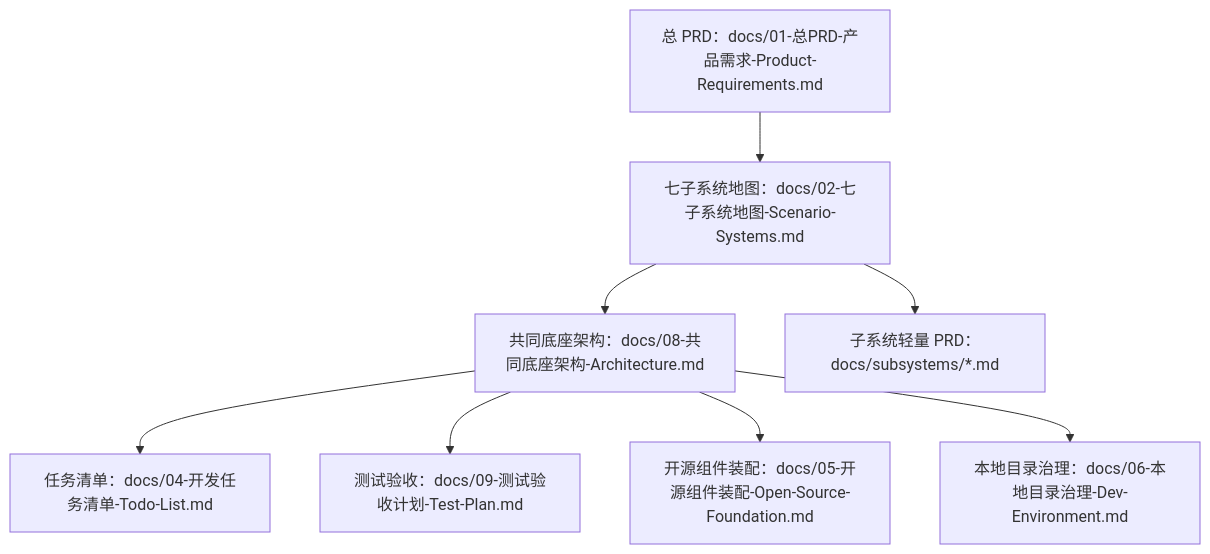
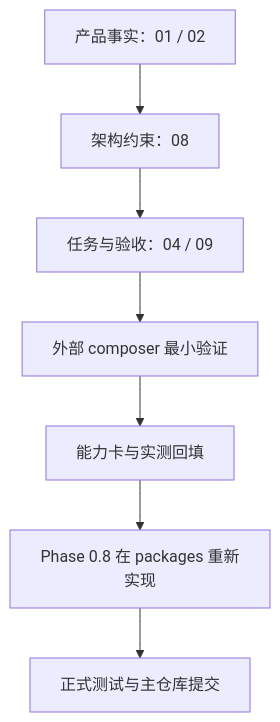
One commit to everything-is-simple/ai-studybuddy changed the diagram in docs/07-文档策略-Design-Docs-Strategy.md. Above: the diagram before and after it, drawn with Mermaid. The commit also changed other lines of this file and 9 other files, not shown here.

````diff
--- a/docs/07-文档策略-Design-Docs-Strategy.md
+++ b/docs/07-文档策略-Design-Docs-Strategy.md
@@ -43,10 +25,9 @@
 ```mermaid
 flowchart TD
-  A["总 PRD：docs/01-总PRD-产品需求-Product-Requirements.md"] --> B["七子系统地图：docs/02-七子系统地图-Scenario-Systems.md"]
-  B --> C["共同底座架构：docs/08-共同底座架构-Architecture.md"]
-  C --> D["任务清单：docs/04-开发任务清单-Todo-List.md"]
-  C --> E["测试验收：docs/09-测试验收计划-Test-Plan.md"]
-  C --> F["开源组件装配：docs/05-开源组件装配-Open-Source-Foundation.md"]
-  C --> G["本地目录治理：docs/06-本地目录治理-Dev-Environment.md"]
-  B --> H["子系统轻量 PRD：docs/subsystems/*.md"]
+  A["产品事实：01 / 02"] --> B["架构约束：08"]
+  B --> C["任务与验收：04 / 09"]
+  C --> D["外部 composer 最小验证"]
+  D --> E["能力卡与实测回填"]
+  E --> F["Phase 0.8 在 packages 重新实现"]
+  F --> G["正式测试与主仓库提交"]
 ```
````
